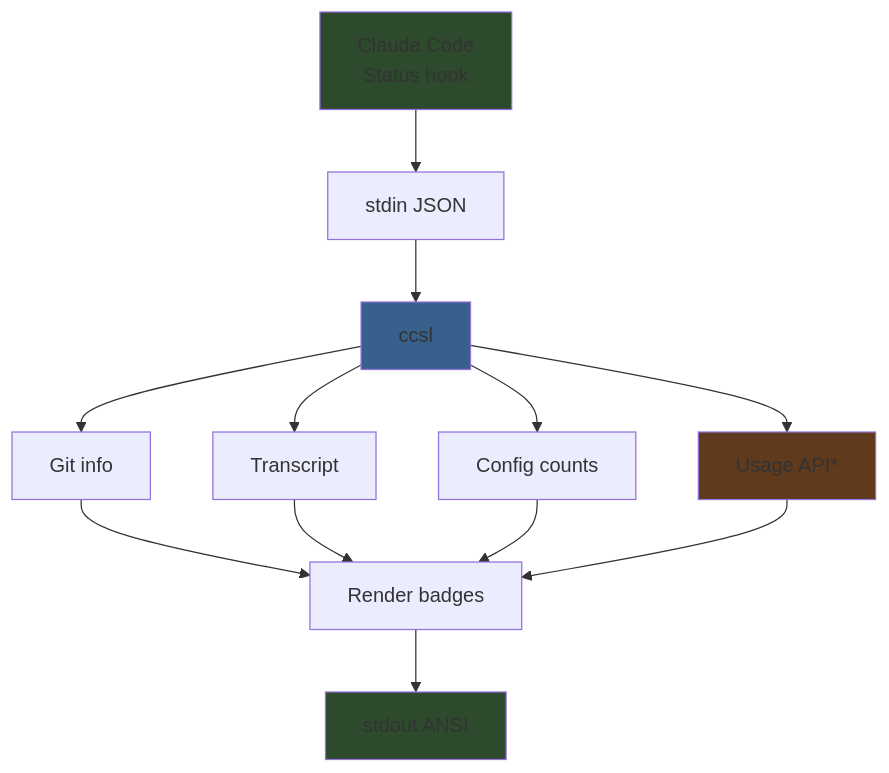
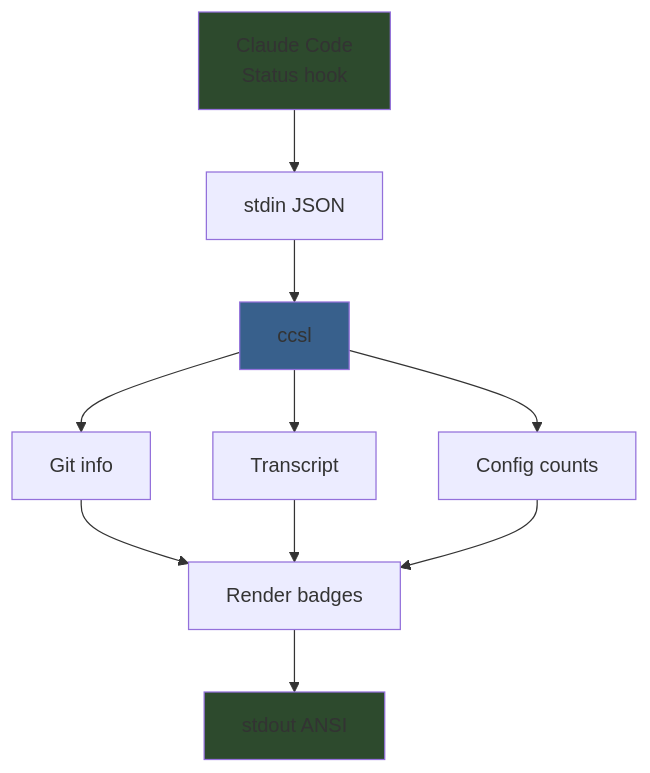
One commit to laveez/ccsl changed the diagram in README.md. Above: the diagram before and after it, drawn with Mermaid. The commit also changed other lines of this file and 12 other files, not shown here.

````diff
--- a/README.md
+++ b/README.md
@@ -209,19 +190,16 @@
 ```mermaid
 flowchart TD
     A[Claude Code<br/>Status hook] --> B[stdin JSON]
     B --> C[ccsl]
     C --> D[Git info]
     C --> E[Transcript]
     C --> F[Config counts]
-    C --> G[Usage API*]
     D --> H[Render badges]
     E --> H
     F --> H
-    G --> H
     H --> I[stdout ANSI]
 
     style A fill:#2d4a2d
     style C fill:#38608c
     style I fill:#2d4a2d
-    style G fill:#5f3a1c
 ```
````
